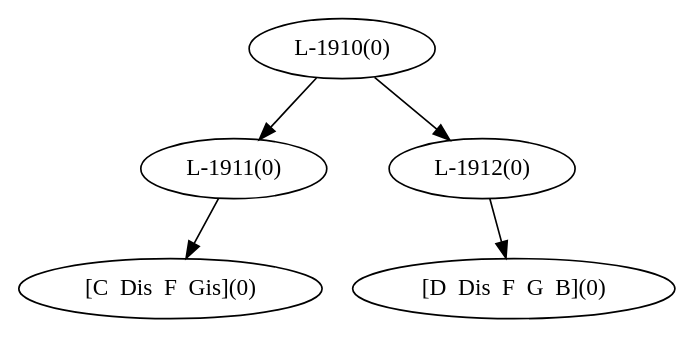
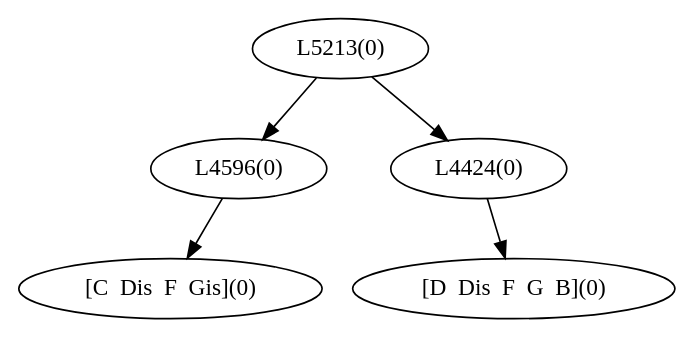
One commit to dousu/MAILM changed the diagram in Result/dot/generation8_utter4.dot. Above: the diagram before and after it, drawn with Graphviz. The commit also changed 110 other files, not shown here.

```diff
--- a/Result/dot/generation8_utter4.dot
+++ b/Result/dot/generation8_utter4.dot
@@ -1,9 +1,9 @@
 digraph sample{
-"L-1911(0)"->"[C  Dis  F  Gis](0)"
-"L-1912(0)"->"[D  Dis  F  G  B](0)"
-"L-1910(0)"->"L-1911(0)"
-"L-1910(0)"->"L-1912(0)"
-{rank = min; "L-1910(0)"}
-{rank = same; "L-1911(0)"; "L-1912(0)";}
+"L4596(0)"->"[C  Dis  F  Gis](0)"
+"L4424(0)"->"[D  Dis  F  G  B](0)"
+"L5213(0)"->"L4596(0)"
+"L5213(0)"->"L4424(0)"
+{rank = min; "L5213(0)"}
+{rank = same; "L4596(0)"; "L4424(0)";}
 {rank = max; "[C  Dis  F  Gis](0)"; "[D  Dis  F  G  B](0)";}
 }
```
